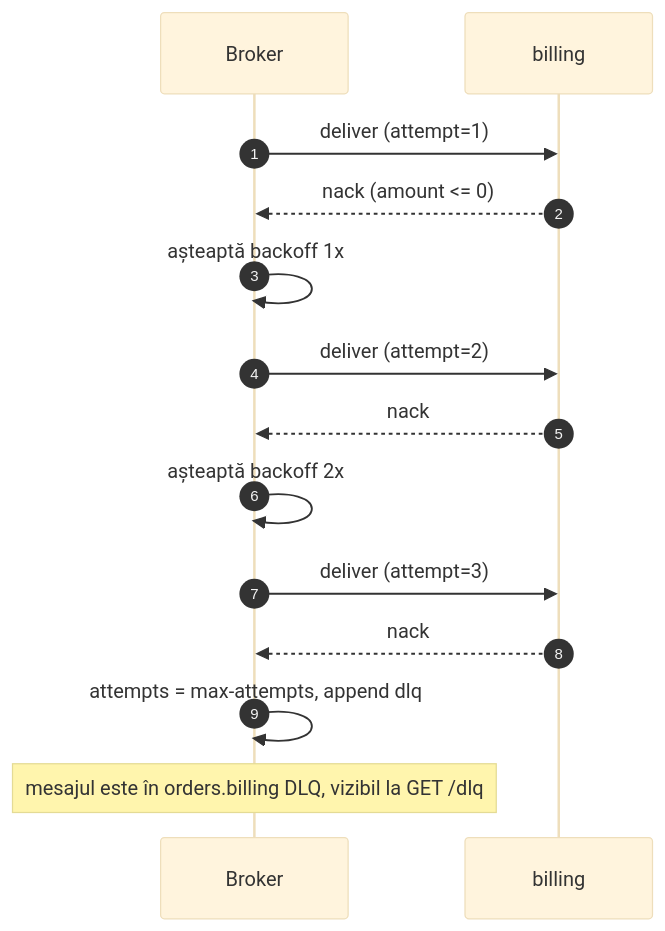
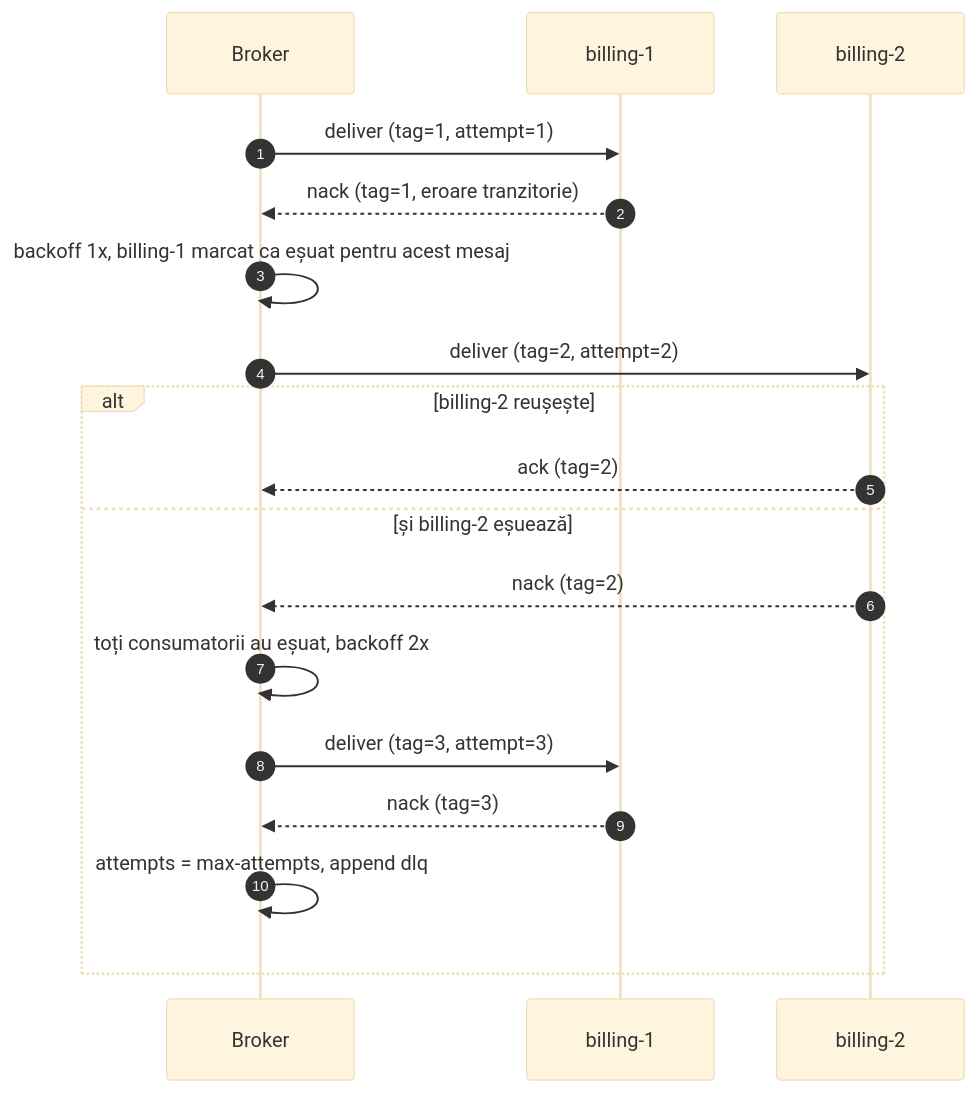
One commit to CalinBrin/PAD changed the fourth of 4 diagrams in Laborator1/docs/diagrams/sequence.md. Above: the diagram before and after it, drawn with Mermaid (base theme). The commit also changed other lines of this file and 17 other files, not shown here.

````diff
--- a/Laborator1/docs/diagrams/sequence.md
+++ b/Laborator1/docs/diagrams/sequence.md
@@ -60,17 +74,21 @@
 ```mermaid
 sequenceDiagram
     autonumber
     participant B as Broker
-    participant L as billing
+    participant L1 as billing-1
+    participant L2 as billing-2
 
-    B->>L: deliver (attempt=1)
-    L-->>B: nack (amount <= 0)
-    B->>B: așteaptă backoff 1x
-    B->>L: deliver (attempt=2)
-    L-->>B: nack
-    B->>B: așteaptă backoff 2x
-    B->>L: deliver (attempt=3)
-    L-->>B: nack
-    B->>B: attempts = max-attempts, append dlq
-    Note over B: mesajul este în orders.billing DLQ, vizibil la GET /dlq
+    B->>L1: deliver (tag=1, attempt=1)
+    L1-->>B: nack (tag=1, eroare tranzitorie)
+    B->>B: backoff 1x, billing-1 marcat ca eșuat pentru acest mesaj
+    B->>L2: deliver (tag=2, attempt=2)
+    alt billing-2 reușește
+        L2-->>B: ack (tag=2)
+    else și billing-2 eșuează
+        L2-->>B: nack (tag=2)
+        B->>B: toți consumatorii au eșuat, backoff 2x
+        B->>L1: deliver (tag=3, attempt=3)
+        L1-->>B: nack (tag=3)
+        B->>B: attempts = max-attempts, append dlq
+    end
 ```
````
